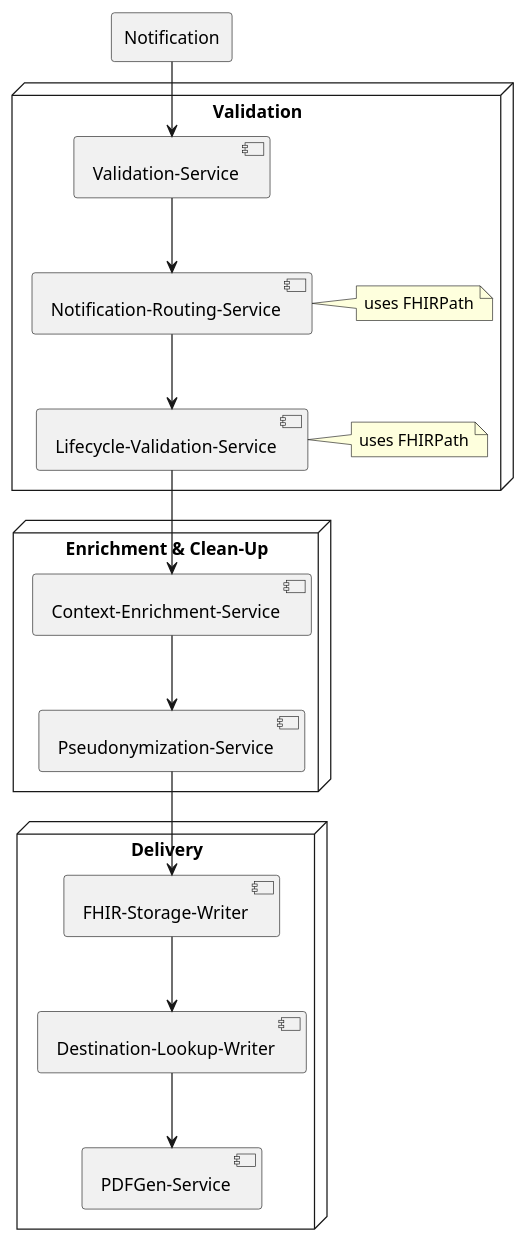
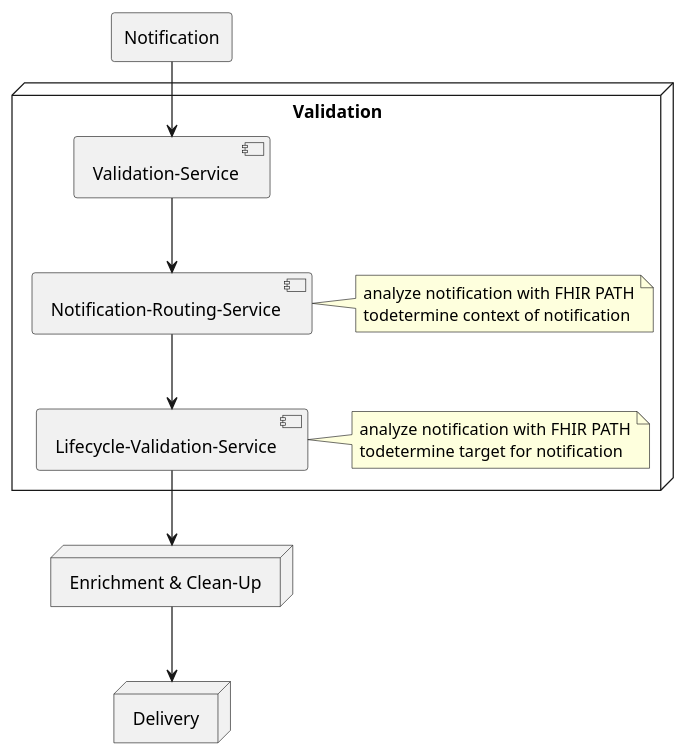
Before and after one commit to gematik/techblog: the diagram in assets/img/20251128-fhir-path-in-demis/01_demis_flow_fhirpath.puml, drawn with PlantUML.

Commit message:
update overview for fhir path use in demis

```diff
--- a/assets/img/20251128-fhir-path-in-demis/01_demis_flow_fhirpath.puml
+++ b/assets/img/20251128-fhir-path-in-demis/01_demis_flow_fhirpath.puml
@@ -1,37 +1,26 @@
 @startuml
 rectangle "Notification" as notification
 
 node "Validation" as vali{
 component "Validation-Service" as vs
 component "Lifecycle-Validation-Service" as lvs
-note right: uses FHIRPath
+note right: analyze notification with FHIR PATH\ntodetermine target for notification
 component "Notification-Routing-Service" as nrs
-note right: uses FHIRPath
+note right: analyze notification with FHIR PATH\ntodetermine context of notification
 }
 
 node "Enrichment & Clean-Up" as ecu{
-component "Context-Enrichment-Service" as ces
-component "Pseudonymization-Service" as ps
 }
 
 node "Delivery" as deli{
-component "FHIR-Storage-Writer" as fsw
-component "Destination-Lookup-Writer" as dlw
-component "PDFGen-Service" as pgs
 }
 
 notification -d-> vs
 
 vs -d-> nrs
 nrs -d-> lvs
 
-lvs -d-> ces
-ces -d-> ps
-
-ps -d-> fsw
-fsw -d-> dlw
-dlw -d-> pgs
-
-
+lvs -d-> ecu
+ecu -d-> deli
 
 @enduml
```
